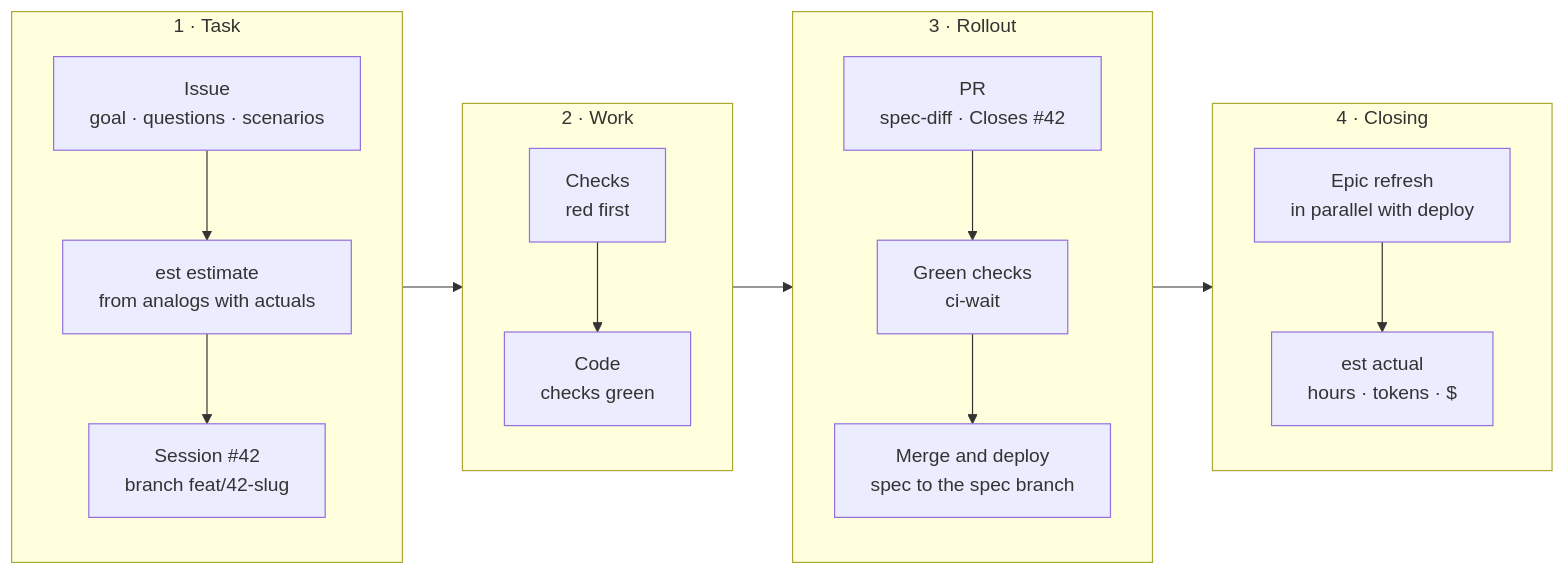
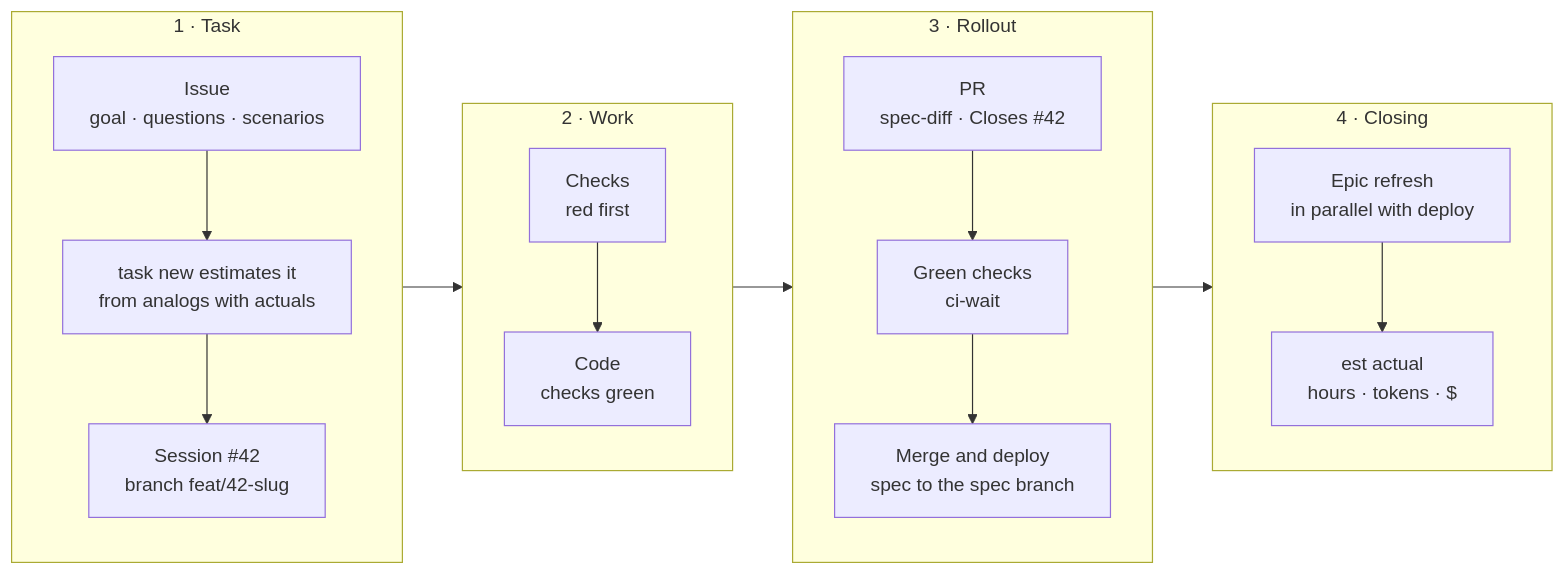
Before and after one commit to miroshnik/ai-dev: the diagram in README.md, drawn with Mermaid. The commit also changed other lines of this file and 4 other files, not shown here.

````diff
--- a/README.md
+++ b/README.md
@@ -30,20 +30,20 @@
 ```mermaid
 flowchart LR
   subgraph task ["1 · Task"]
     direction TB
-    I["Issue<br>goal · questions · scenarios"] --> E["est estimate<br>from analogs with actuals"] --> S["Session #42<br>branch feat/42-slug"]
+    I["Issue<br>goal · questions · scenarios"] --> E["task new estimates it<br>from analogs with actuals"] --> S["Session #42<br>branch feat/42-slug"]
   end
   subgraph work ["2 · Work"]
     direction TB
     T["Checks<br>red first"] --> C["Code<br>checks green"]
   end
   subgraph ship ["3 · Rollout"]
     direction TB
     P["PR<br>spec-diff · Closes #42"] --> G["Green checks<br>ci-wait"] --> M["Merge and deploy<br>spec to the spec branch"]
   end
   subgraph done ["4 · Closing"]
     direction TB
     U["Epic refresh<br>in parallel with deploy"] --> F["est actual<br>hours · tokens · $"]
   end
   task --> work --> ship --> done
 ```
````
